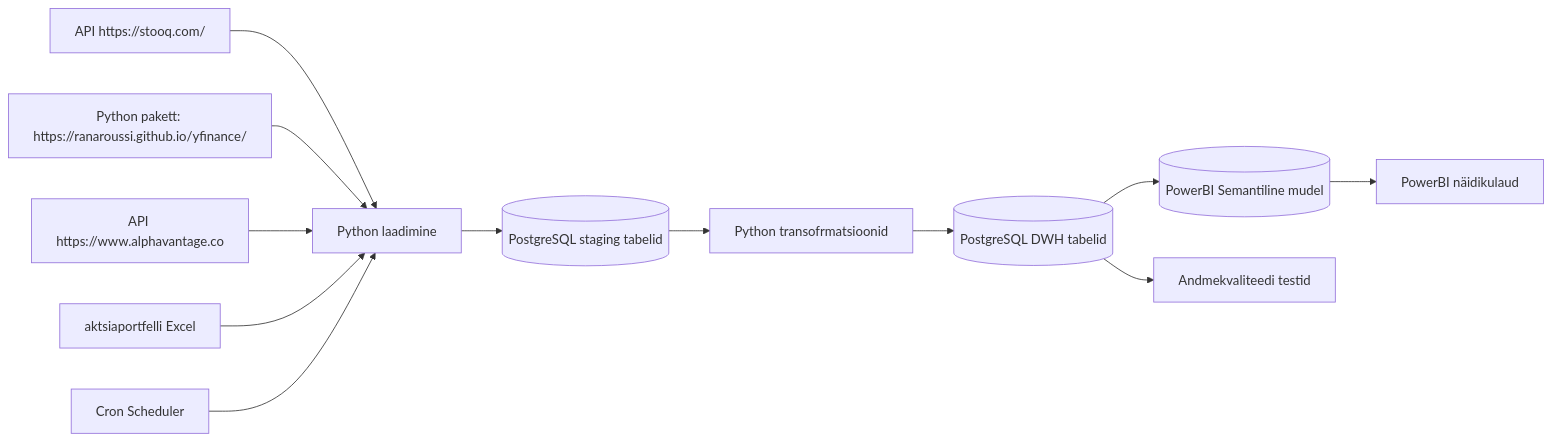
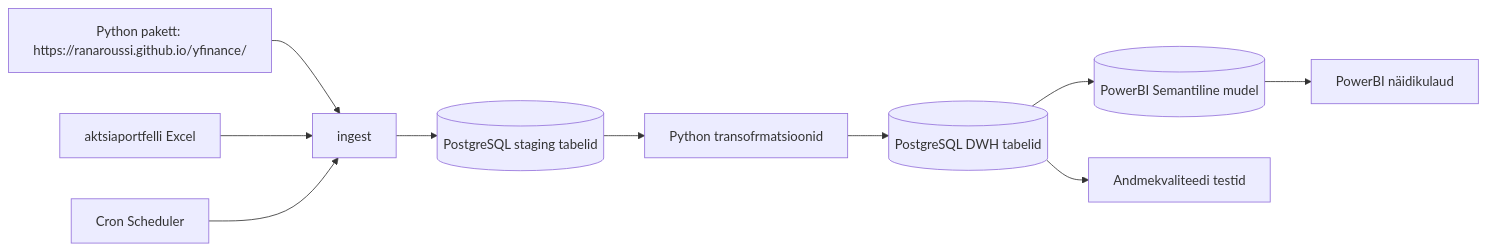
Before and after one commit to rkapp22/PortfolioTracker: the diagram in README.md, drawn with Mermaid. The commit also changed other lines of this file and 4 other files, not shown here.

````diff
--- a/README.md
+++ b/README.md
@@ -23,14 +23,12 @@
 ```mermaid
 flowchart LR
-    source[API https://stooq.com/] --> ingest[Python laadimine]
-    source2[Python pakett: https://ranaroussi.github.io/yfinance/] --> ingest
-    source3[API https://www.alphavantage.co] --> ingest
-    source4[aktsiaportfelli Excel] --> ingest
+    source1[Python pakett: https://ranaroussi.github.io/yfinance/] --> ingest
+    source2[aktsiaportfelli Excel] --> ingest
     ingest --> staging[(PostgreSQL staging tabelid)]
     staging --> transform[Python transofrmatsioonid]
     transform --> mart[(PostgreSQL DWH tabelid)]
     mart --> semantic_model[(PowerBI Semantiline mudel)]
     semantic_model --> dashboard[PowerBI näidikulaud]
     mart --> quality[Andmekvaliteedi testid]
     scheduler[Cron Scheduler] --> ingest
 ```
````
